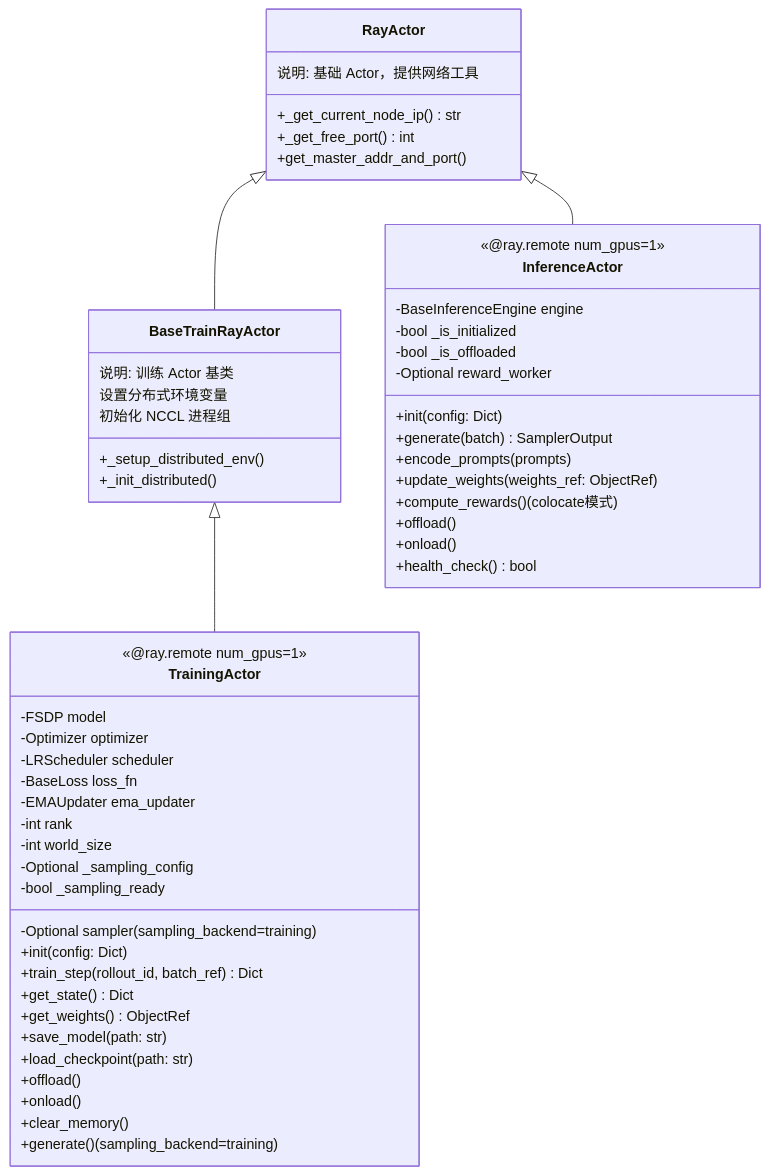
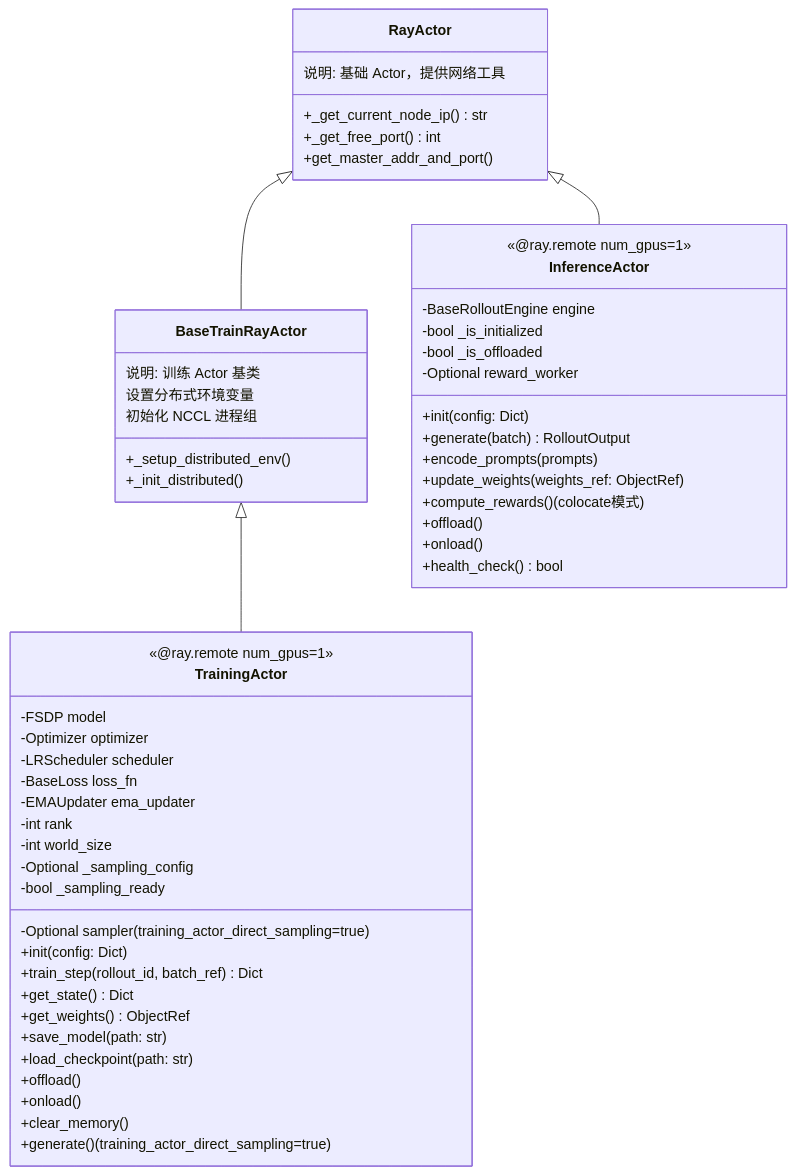
The ninth of 27 diagrams in docs/Diffusion_RL_Design_Analysis.md (celve/unirl), drawn with Mermaid before and after one commit. The commit also changed other lines of this file and 155 other files, not shown here.

First line of the commit message:
refactor: simplify entry points and align with slime architecture

````diff
--- a/docs/Diffusion_RL_Design_Analysis.md
+++ b/docs/Diffusion_RL_Design_Analysis.md
@@ -1559,61 +1558,61 @@
 ```mermaid
 classDiagram
     class RayActor {
         +_get_current_node_ip() str
         +_get_free_port() int
         +get_master_addr_and_port()
         说明: 基础 Actor，提供网络工具
     }
 
     class BaseTrainRayActor {
         +_setup_distributed_env()
         +_init_distributed()
         说明: 训练 Actor 基类
         设置分布式环境变量
         初始化 NCCL 进程组
     }
 
     class InferenceActor {
         <<@ray.remote num_gpus=1>>
-        -BaseInferenceEngine engine
+        -BaseRolloutEngine engine
         -bool _is_initialized
         -bool _is_offloaded
         -Optional reward_worker
         +init(config: Dict)
-        +generate(batch) SamplerOutput
+        +generate(batch) RolloutOutput
         +encode_prompts(prompts)
         +update_weights(weights_ref: ObjectRef)
         +compute_rewards() (colocate模式)
         +offload()
         +onload()
         +health_check() bool
     }
 
     class TrainingActor {
         <<@ray.remote num_gpus=1>>
         -FSDP model
         -Optimizer optimizer
         -LRScheduler scheduler
         -BaseLoss loss_fn
         -EMAUpdater ema_updater
         -int rank
         -int world_size
-        -Optional sampler (sampling_backend=training)
+        -Optional sampler (training_actor_direct_sampling=true)
         -Optional _sampling_config
         -bool _sampling_ready
         +init(config: Dict)
         +train_step(rollout_id, batch_ref) Dict
         +get_state() Dict
         +get_weights() ObjectRef
         +save_model(path: str)
         +load_checkpoint(path: str)
         +offload()
         +onload()
         +clear_memory()
-        +generate() (sampling_backend=training)
+        +generate() (training_actor_direct_sampling=true)
     }
 
     RayActor <|-- BaseTrainRayActor
     RayActor <|-- InferenceActor
     BaseTrainRayActor <|-- TrainingActor
 ```
````
